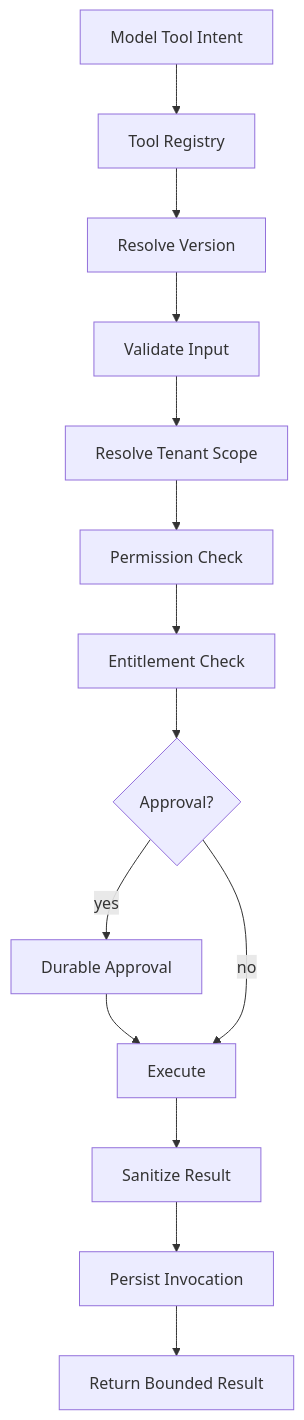
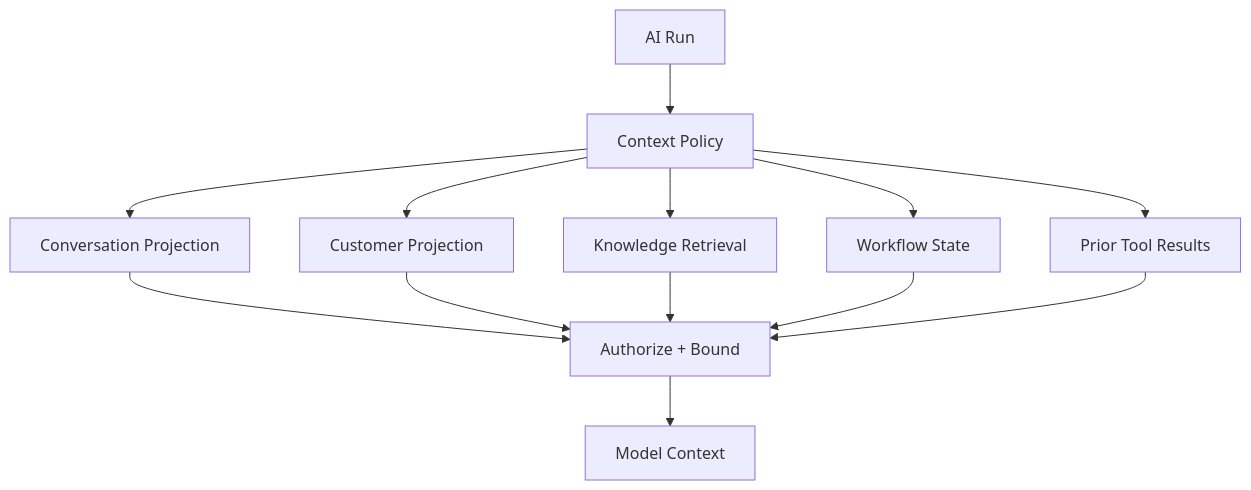
Before and after one commit to D-engahmed/OMILINKS: the second of 2 diagrams in docs/ai/agent-runtime.md, drawn with Mermaid. The commit also changed other lines of this file, not shown here.

````diff
--- a/docs/ai/agent-runtime.md
+++ b/docs/ai/agent-runtime.md
@@ -182,16 +148,15 @@
-```mermaid
+~~~mermaid
 flowchart TD
-    INTENT[Model Tool Intent] --> LOOKUP[Tool Registry]
-    LOOKUP --> VERSION[Resolve Version]
-    VERSION --> VALIDATE[Validate Input]
-    VALIDATE --> TENANT[Resolve Tenant Scope]
-    TENANT --> AUTHZ[Permission Check]
-    AUTHZ --> ENTITLEMENT[Entitlement Check]
-    ENTITLEMENT --> APPROVAL{Approval?}
-    APPROVAL -->|yes| WAIT[Durable Approval]
-    WAIT --> EXEC[Execute]
-    APPROVAL -->|no| EXEC
-    EXEC --> RESULT[Sanitize Result]
-    RESULT --> AUDIT[Persist Invocation]
-    AUDIT --> MODEL[Return Bounded Result]
-```
+RUN[AI Run] --> POLICY[Context Policy]
+POLICY --> HISTORY[Conversation Projection]
+POLICY --> CUSTOMER[Customer Projection]
+POLICY --> KNOW[Knowledge Retrieval]
+POLICY --> WORKFLOW[Workflow State]
+POLICY --> TOOLS[Prior Tool Results]
+HISTORY --> BOUND[Authorize + Bound]
+CUSTOMER --> BOUND
+KNOW --> BOUND
+WORKFLOW --> BOUND
+TOOLS --> BOUND
+BOUND --> PROMPT[Model Context]
+~~~
````
